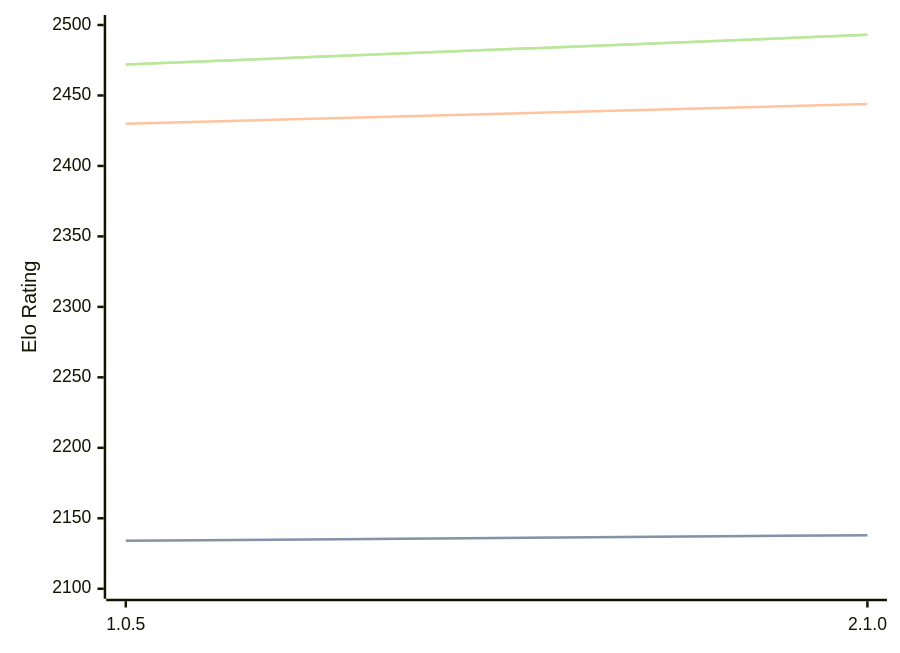
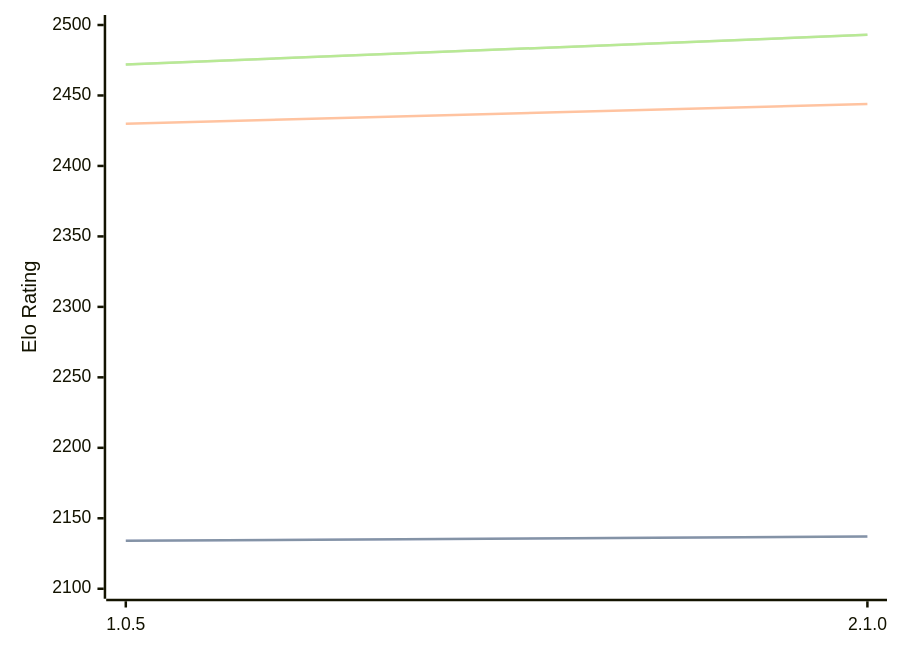
Before and after one commit to computer-chess-index/cci: the diagram in engines/Ruffian.md, drawn with Mermaid. The commit also changed other lines of this file, not shown here.

````diff
--- a/engines/Ruffian.md
+++ b/engines/Ruffian.md
@@ -32,11 +32,11 @@
 ```mermaid
 %%{init: {"theme":"base","themeVariables":{"seriesColors:['#a3a3a3','#222221','#faa371']}}}%%
 xychart-beta
   x-axis ["1.0.5", "2.1.0"]
   y-axis "Elo Rating" 2100 --> 2500
-  line "STC (8.0+0.08s)" [2134, 2138]
-  line "STC (8.0+0.08s)" [2134, 2138]
+  line "STC (8.0+0.08s)" [2134, 2137]
+  line "STC (8.0+0.08s)" [2134, 2137]
   line "LTC (60.0+0.60s)" [2430, 2444]
   line "VLTC (2m24s+1.12s)" [2472, 2493]
   line "VLTC (2m24s+1.12s)" [2472, 2493]
 ```
````
